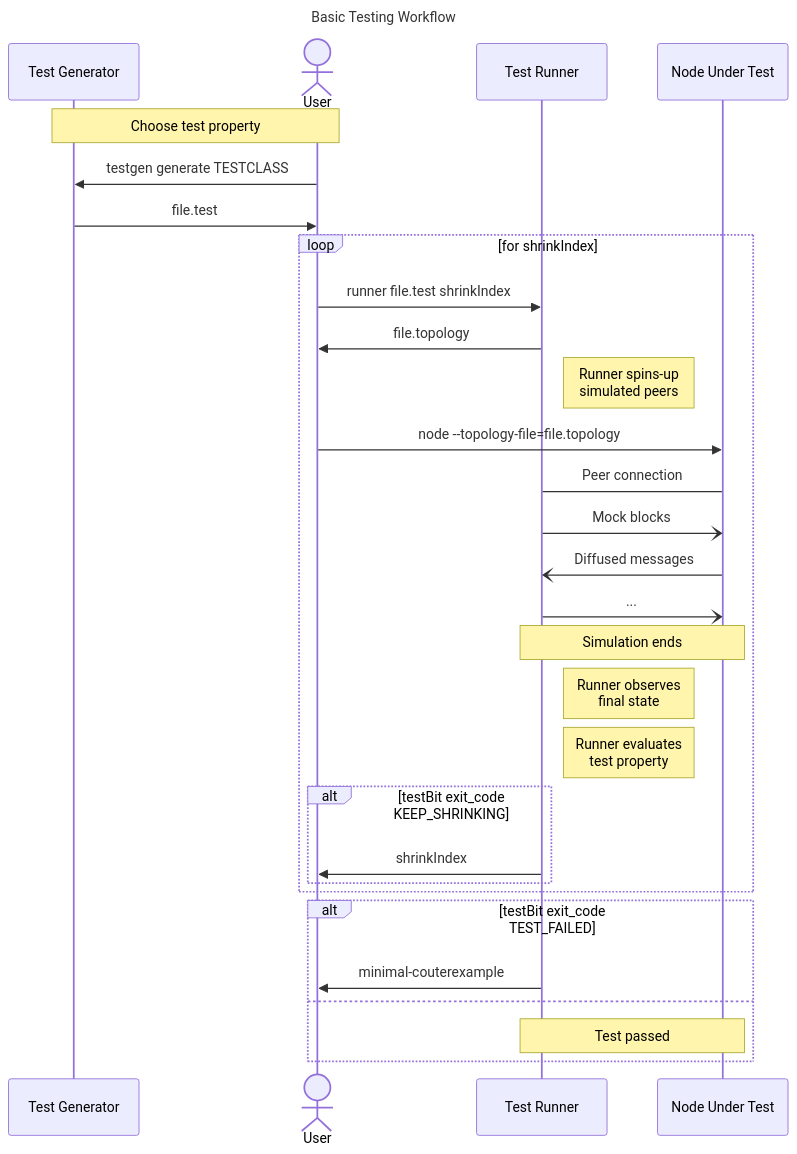
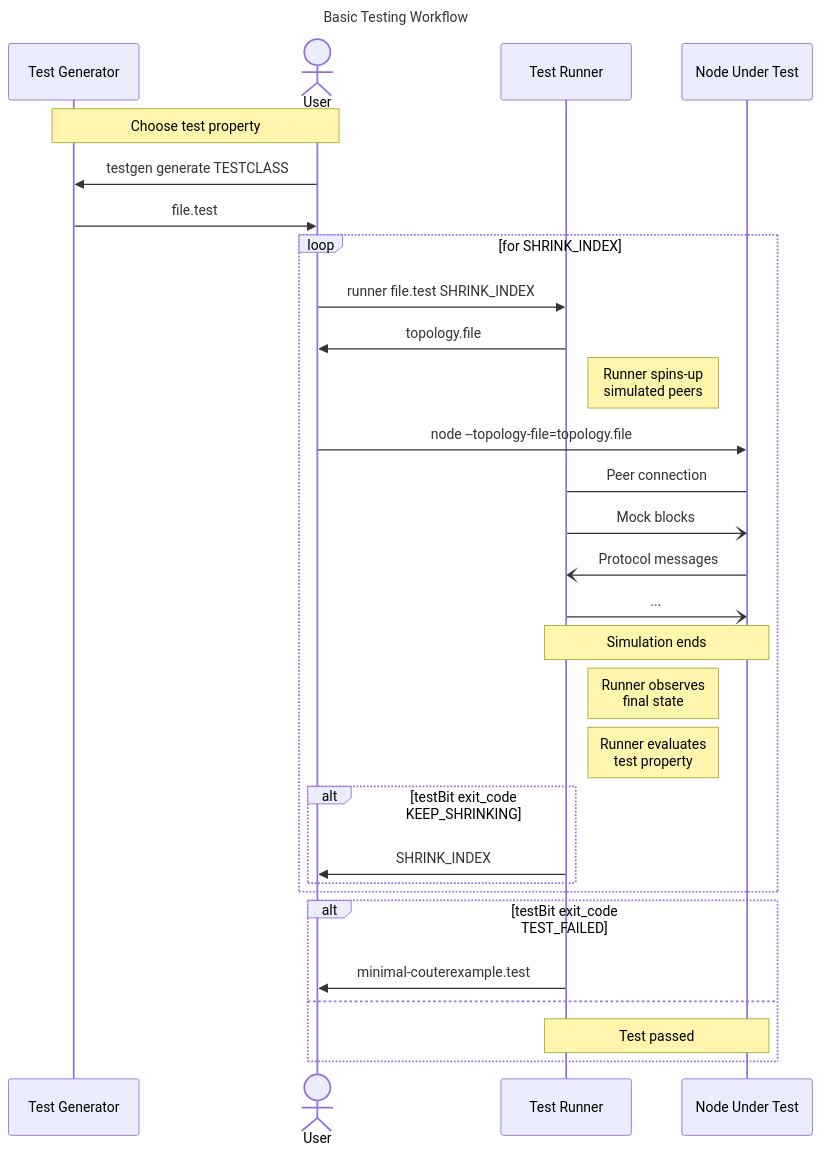
The diagram in docs/design.md (tweag/cardano-conformance-testing-of-consensus), drawn with Mermaid before and after one commit. The commit also changed other lines of this file, not shown here.

Commit message:
Homogenize variable naming convention (#32)
Changed some variable names for polish. Also, fixed "diffused messages"
for "protocol messages" in the diagram.

````diff
--- a/docs/design.md
+++ b/docs/design.md
@@ -180,44 +180,44 @@
 ```mermaid
 ---
 title: Basic Testing Workflow
 ---
 sequenceDiagram
 
   participant PSG as Test Generator
   actor User
   participant Runner as Test Runner
   participant NUT as Node Under Test
 
   Note over User,PSG: Choose test property
   User ->> PSG: testgen generate TESTCLASS
   PSG ->> User: file.test
 
-  loop for shrinkIndex
+  loop for SHRINK_INDEX
 
-    User ->> Runner: runner file.test shrinkIndex
-    Runner ->> User: file.topology
+    User ->> Runner: runner file.test SHRINK_INDEX
+    Runner ->> User: topology.file
     Note right of Runner: Runner spins-up<br/>simulated peers
-    User ->> NUT: node --topology-file=file.topology
+    User ->> NUT: node --topology-file=topology.file
 
     NUT -> Runner: Peer connection
     Runner -) NUT: Mock blocks
-    NUT -) Runner: Diffused messages
+    NUT -) Runner: Protocol messages
     Runner -) NUT: ...
     Note over Runner,NUT: Simulation ends
 
     Note right of Runner: Runner observes<br/>final state
     Note right of Runner: Runner evaluates<br/>test property
 
   alt testBit exit_code KEEP_SHRINKING
-    Runner ->> User: shrinkIndex
+    Runner ->> User: SHRINK_INDEX
 
   end
 
   end
 
   alt testBit exit_code TEST_FAILED
-    Runner ->> User: minimal-couterexample
+    Runner ->> User: minimal-couterexample.test
   else
     Note over Runner,NUT: Test passed
   end
 ```
````
